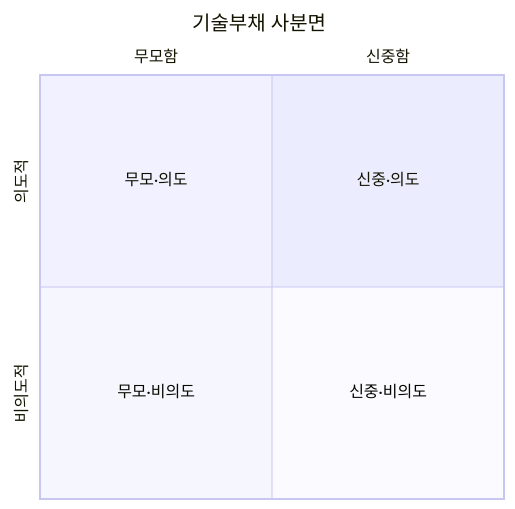
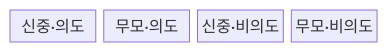
One commit to agnusdei1207/knowledge-base changed the first of 2 diagrams in src/content/docs/notes/03-software/066_technical_debt_quadrant.md. Above: the diagram before and after it, drawn with Mermaid. The commit also changed other lines of this file and 20 other files, not shown here.

````diff
--- a/src/content/docs/notes/03-software/066_technical_debt_quadrant.md
+++ b/src/content/docs/notes/03-software/066_technical_debt_quadrant.md
@@ -55,10 +53,8 @@
 ```mermaid
-quadrantChart
-    title 기술부채 사분면
-    x-axis 무모함 --> 신중함
-    y-axis 비의도적 --> 의도적
-    quadrant-1 신중·의도
-    quadrant-2 무모·의도
-    quadrant-3 무모·비의도
-    quadrant-4 신중·비의도
+block
+  columns 4
+  DI["신중·의도"]
+  RI["무모·의도"]
+  DN["신중·비의도"]
+  RN["무모·비의도"]
 ```
````
